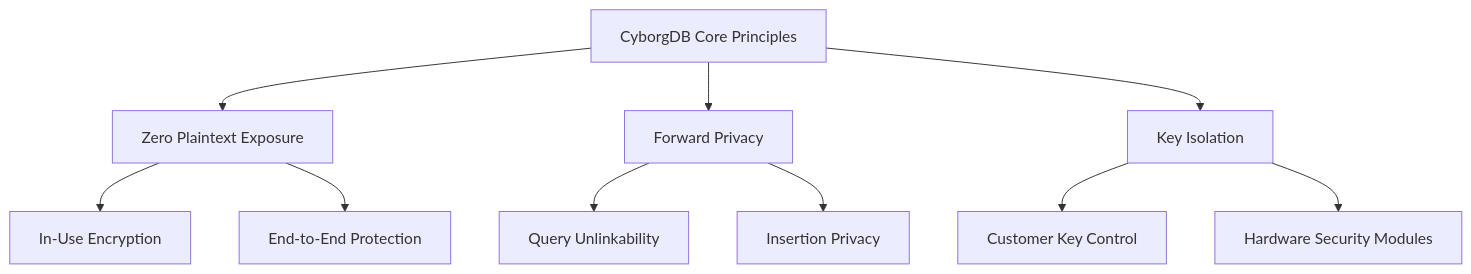
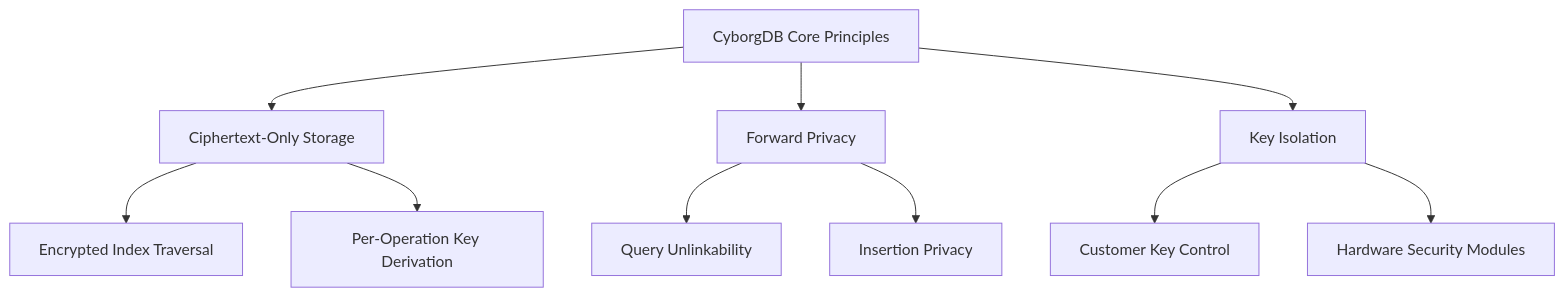
The second of 2 diagrams in versions/v0.16.x/intro/security-overview.mdx (cyborginc/cyborgdb-docs), drawn with Mermaid before and after one commit. The commit also changed other lines of this file and 11 other files, not shown here.

````diff
--- a/versions/v0.16.x/intro/security-overview.mdx
+++ b/versions/v0.16.x/intro/security-overview.mdx
@@ -79,15 +79,15 @@
 ```mermaid
 graph TD
-    A[CyborgDB Core Principles] --> B[Zero Plaintext Exposure]
+    A[CyborgDB Core Principles] --> B[Ciphertext-Only Storage]
     A --> C[Forward Privacy]
     A --> D[Key Isolation]
     
-    B --> F[In-Use Encryption]
-    B --> G[End-to-End Protection]
+    B --> F[Encrypted Index Traversal]
+    B --> G[Per-Operation Key Derivation]
     
     C --> H[Query Unlinkability]
     C --> I[Insertion Privacy]
     
     D --> J[Customer Key Control]
     D --> K[Hardware Security Modules]
 ```
````
